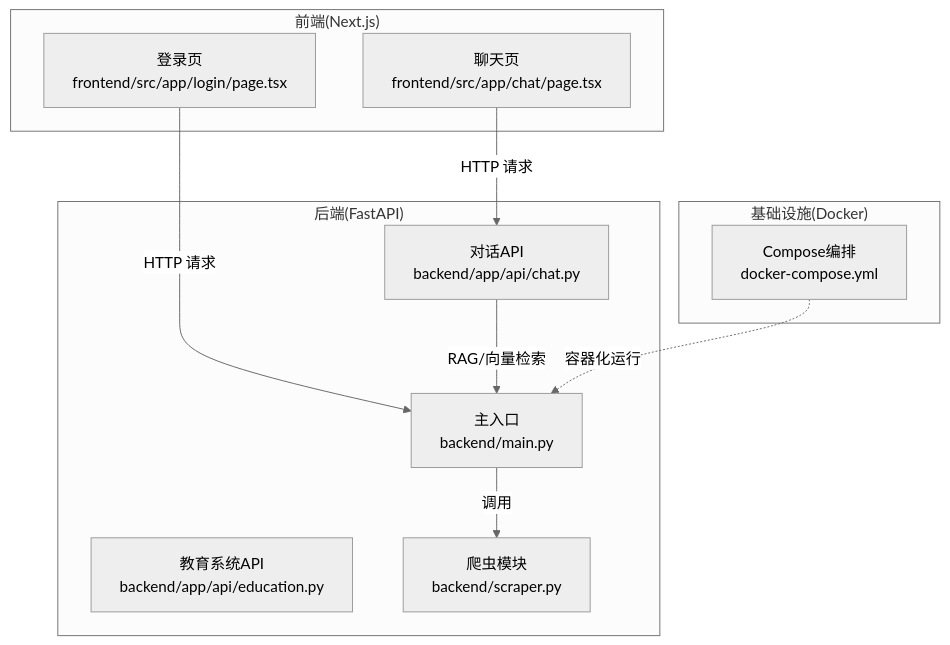
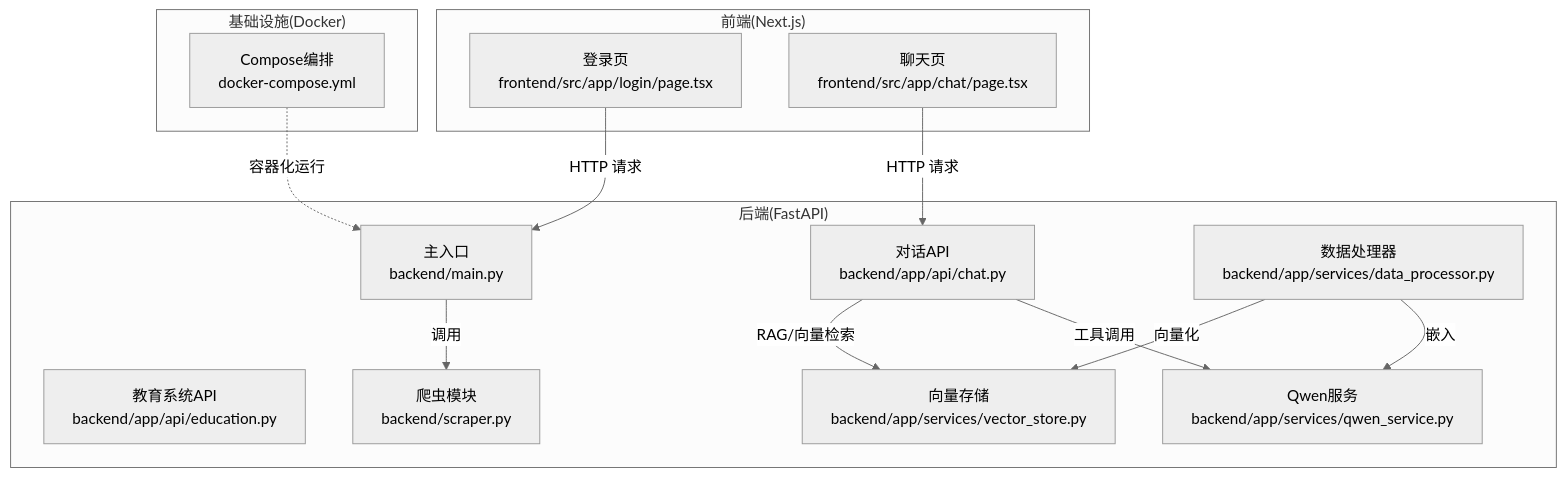
Before and after one commit to ghbbn053-ship-itsoulddog/soulddog: the first of 5 diagrams in .qoder/repowiki/zh/content/开发指南/调试工具/调试工具.md, drawn with Mermaid (neutral theme). The commit also changed other lines of this file and 5 other files, not shown here.

````diff
--- a/.qoder/repowiki/zh/content/开发指南/调试工具/调试工具.md
+++ b/.qoder/repowiki/zh/content/开发指南/调试工具/调试工具.md
@@ -47,21 +52,27 @@
 ```mermaid
 graph TB
 subgraph "前端(Next.js)"
 FE_Login["登录页<br/>frontend/src/app/login/page.tsx"]
 FE_Chat["聊天页<br/>frontend/src/app/chat/page.tsx"]
 end
 subgraph "后端(FastAPI)"
 BE_Main["主入口<br/>backend/main.py"]
 BE_Chat["对话API<br/>backend/app/api/chat.py"]
 BE_Edu["教育系统API<br/>backend/app/api/education.py"]
 BE_Scraper["爬虫模块<br/>backend/scraper.py"]
+BE_Qwen["Qwen服务<br/>backend/app/services/qwen_service.py"]
+BE_Vector["向量存储<br/>backend/app/services/vector_store.py"]
+BE_Processor["数据处理器<br/>backend/app/services/data_processor.py"]
 end
 subgraph "基础设施(Docker)"
 DC["Compose编排<br/>docker-compose.yml"]
 end
 FE_Login --> |"HTTP 请求"| BE_Main
 FE_Chat --> |"HTTP 请求"| BE_Chat
 BE_Main --> |"调用"| BE_Scraper
-BE_Chat --> |"RAG/向量检索"| BE_Main
+BE_Chat --> |"RAG/向量检索"| BE_Vector
+BE_Chat --> |"工具调用"| BE_Qwen
+BE_Processor --> |"向量化"| BE_Vector
+BE_Processor --> |"嵌入"| BE_Qwen
 DC -.->|"容器化运行"| BE_Main
 ```
````
